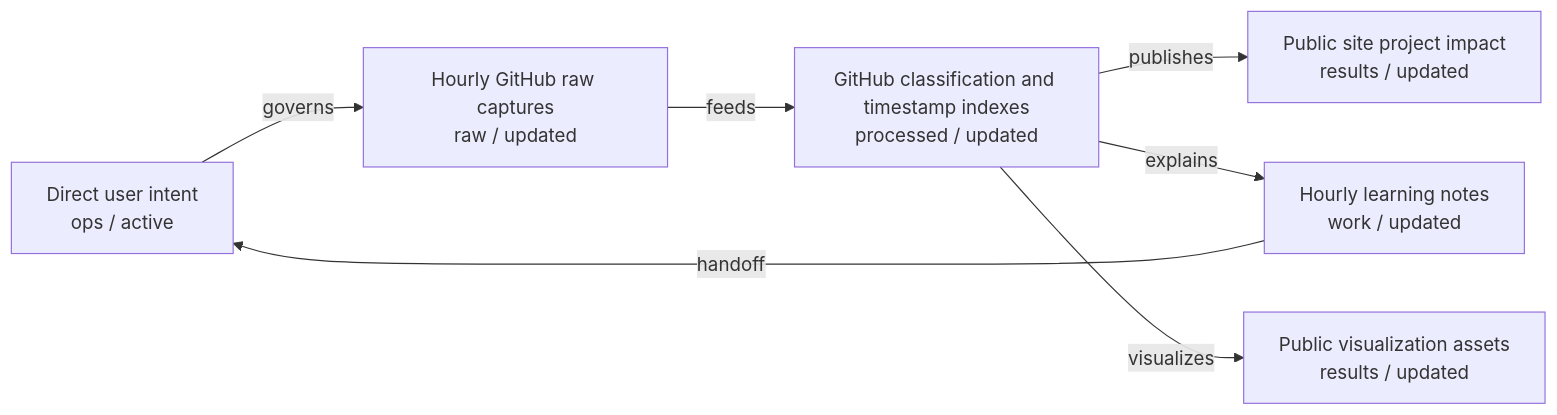
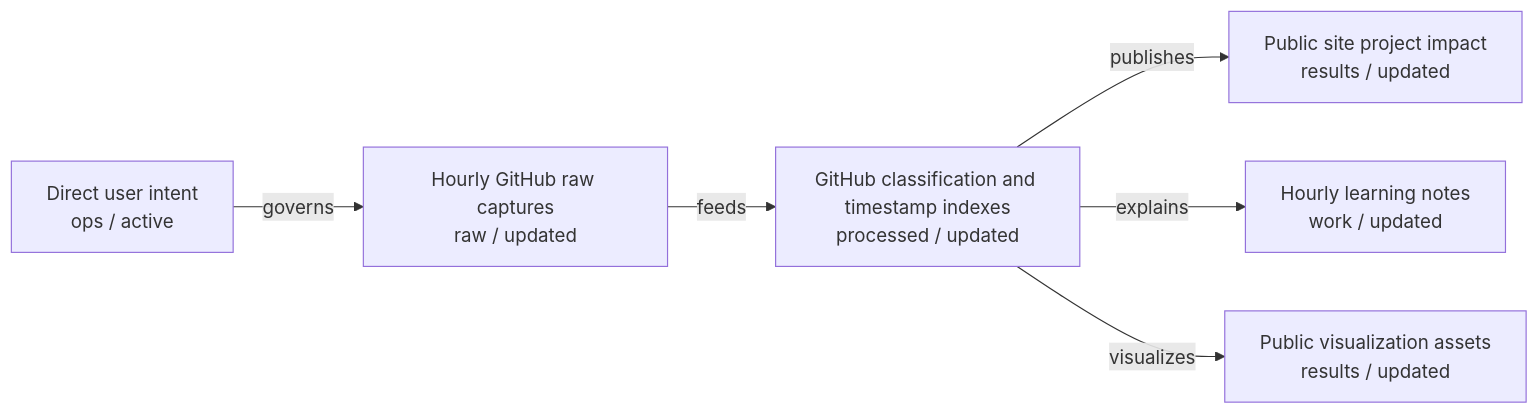
One commit to Shiyao-Huang/awesome-agent-evolution changed the diagram in .mermaid/current/graph.mmd. Above: the diagram before and after it, drawn with Mermaid. The commit also changed 42 other files, not shown here.

```diff
--- a/.mermaid/current/graph.mmd
+++ b/.mermaid/current/graph.mmd
@@ -1,13 +1,12 @@
 flowchart LR
   intent_direct_user_input["Direct user intent\nops / active"]
   raw_github_hourly_captures["Hourly GitHub raw captures\nraw / updated"]
   processed_github_classification["GitHub classification and timestamp indexes\nprocessed / updated"]
   work_learning_notes["Hourly learning notes\nwork / updated"]
   results_public_site["Public site project impact\nresults / updated"]
   results_public_visualizations["Public visualization assets\nresults / updated"]
   intent_direct_user_input -- "governs" --> raw_github_hourly_captures
   raw_github_hourly_captures -- "feeds" --> processed_github_classification
   processed_github_classification -- "publishes" --> results_public_site
   processed_github_classification -- "explains" --> work_learning_notes
-  work_learning_notes -- "handoff" --> intent_direct_user_input
   processed_github_classification -- "visualizes" --> results_public_visualizations
```
